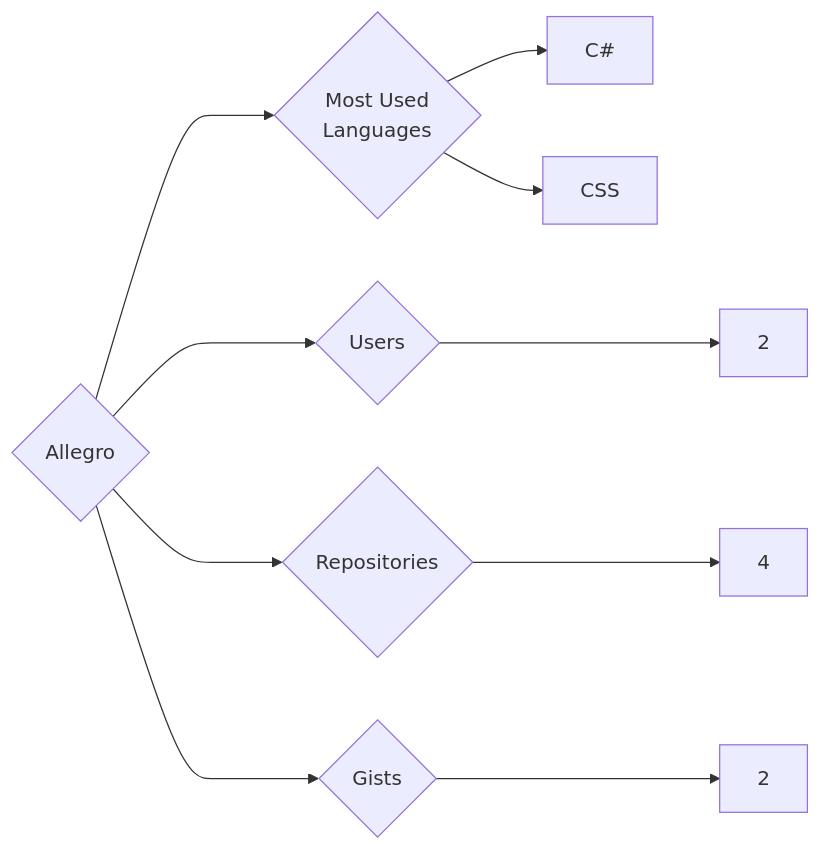
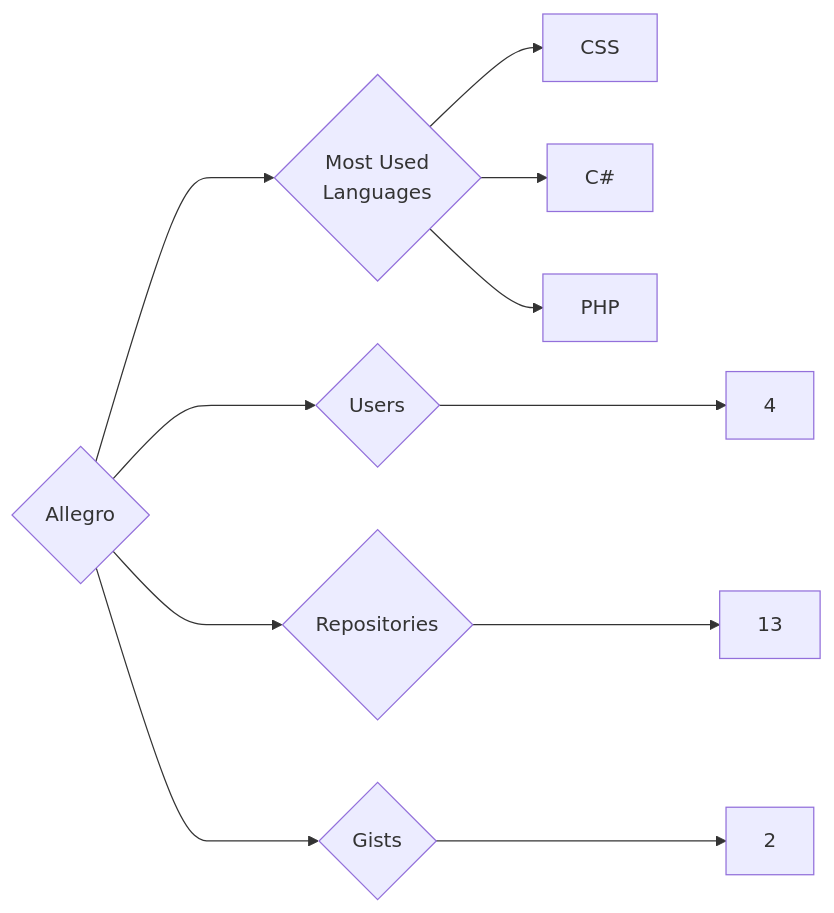
One commit to trickest/insiders changed the diagram in targets/Allegro/README.md. Above: the diagram before and after it, drawn with Mermaid. The commit also changed 1003 other files, not shown here.

````diff
--- a/targets/Allegro/README.md
+++ b/targets/Allegro/README.md
@@ -3,10 +3,11 @@
 ```mermaid
 graph LR
 COMPANY_NAME{Allegro}
-COMPANY_NAME ---> U{Users} ---> UN[2]
-COMPANY_NAME ---> R{Repositories} ---> RN[4]
+COMPANY_NAME ---> U{Users} ---> UN[4]
+COMPANY_NAME ---> R{Repositories} ---> RN[13]
 COMPANY_NAME ---> G{Gists} ---> GN[2]
 COMPANY_NAME ---> ML{Most Used<br>Languages}
+ML --> CSS[CSS]
 ML --> C#[C#]
-ML --> CSS[CSS]
+ML --> PHP[PHP]
 ```
````
